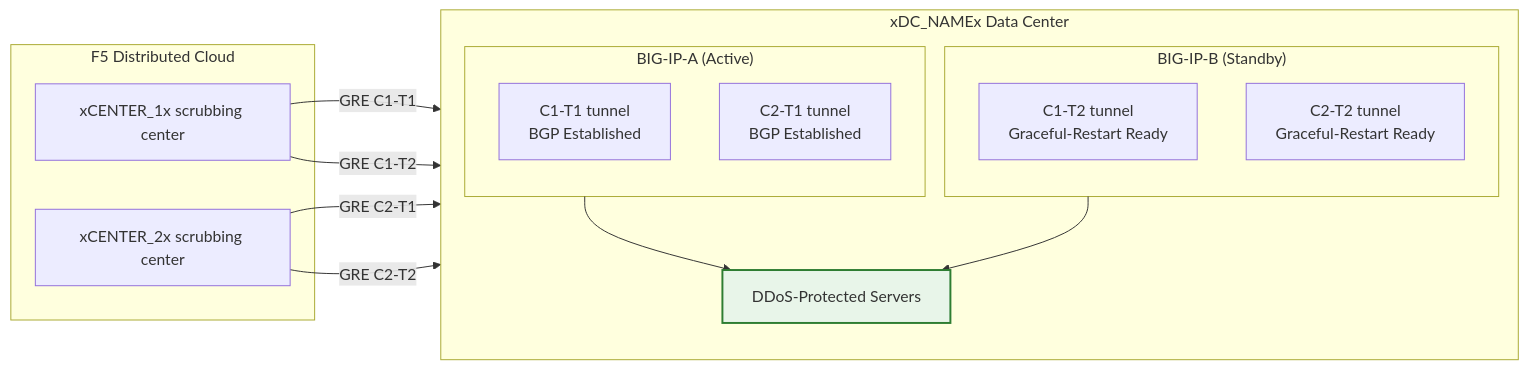
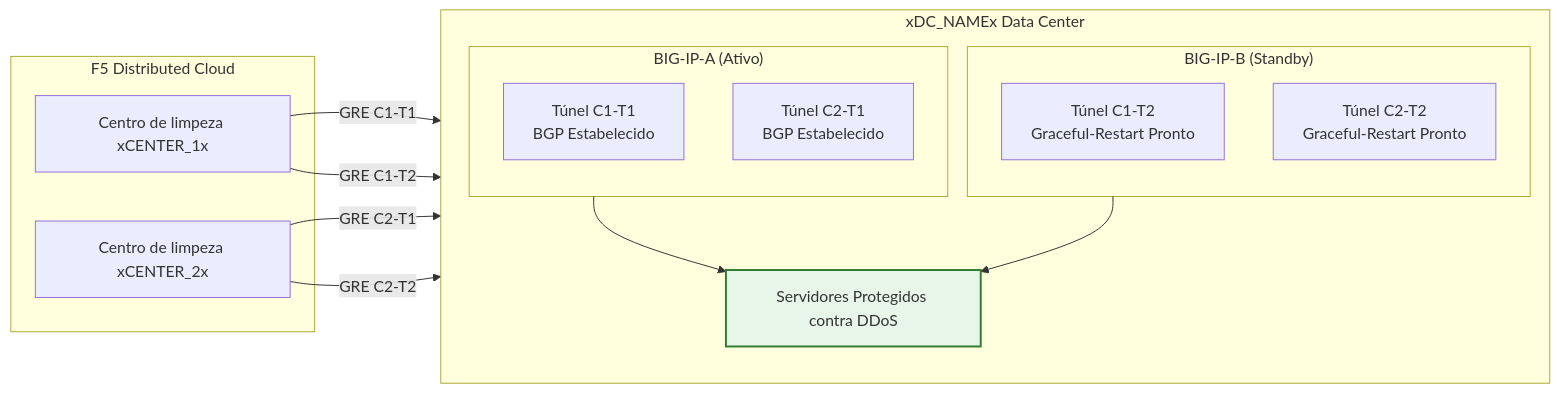
The second of 2 diagrams in docs/pt-br/overview.mdx (f5-sales-demo/ddos), drawn with Mermaid before and after one commit. The commit also changed other lines of this file and 89 other files, not shown here.

````diff
--- a/docs/pt-br/overview.mdx
+++ b/docs/pt-br/overview.mdx
@@ -67,29 +67,29 @@
 ```mermaid
 flowchart LR
     subgraph F5XC["F5 Distributed Cloud"]
-        C1["xCENTER_1x scrubbing center"]
-        C2["xCENTER_2x scrubbing center"]
+        C1["Centro de limpeza xCENTER_1x"]
+        C2["Centro de limpeza xCENTER_2x"]
     end
 
     subgraph DC["xDC_NAMEx Data Center"]
         direction TB
-        subgraph UNITA["BIG-IP-A (Active)"]
-            A_C1["C1-T1 tunnel<br/>BGP Established"]
-            A_C2["C2-T1 tunnel<br/>BGP Established"]
+        subgraph UNITA["BIG-IP-A (Ativo)"]
+            A_C1["Túnel C1-T1<br/>BGP Estabelecido"]
+            A_C2["Túnel C2-T1<br/>BGP Estabelecido"]
         end
         subgraph UNITB["BIG-IP-B (Standby)"]
-            B_C1["C1-T2 tunnel<br/>Graceful-Restart Ready"]
-            B_C2["C2-T2 tunnel<br/>Graceful-Restart Ready"]
+            B_C1["Túnel C1-T2<br/>Graceful-Restart Pronto"]
+            B_C2["Túnel C2-T2<br/>Graceful-Restart Pronto"]
         end
-        SERVERS["DDoS-Protected Servers"]
+        SERVERS["Servidores Protegidos contra DDoS"]
     end
 
     C1 -- "GRE C1-T1" --> A_C1
     C2 -- "GRE C2-T1" --> A_C2
     C1 -- "GRE C1-T2" --> B_C1
     C2 -- "GRE C2-T2" --> B_C2
     UNITA --> SERVERS
     UNITB --> SERVERS
 
     style SERVERS fill:#e8f5e9,stroke:#2e7d32,stroke-width:2px
 ```
````
